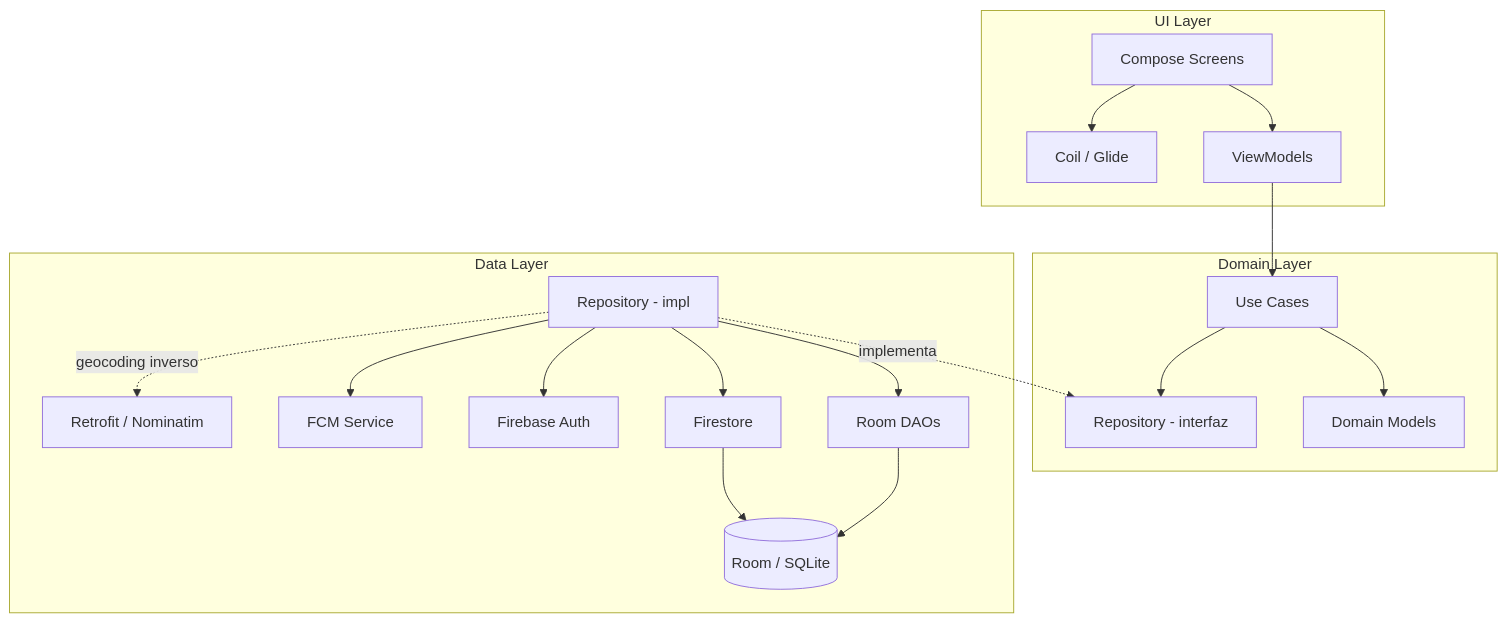
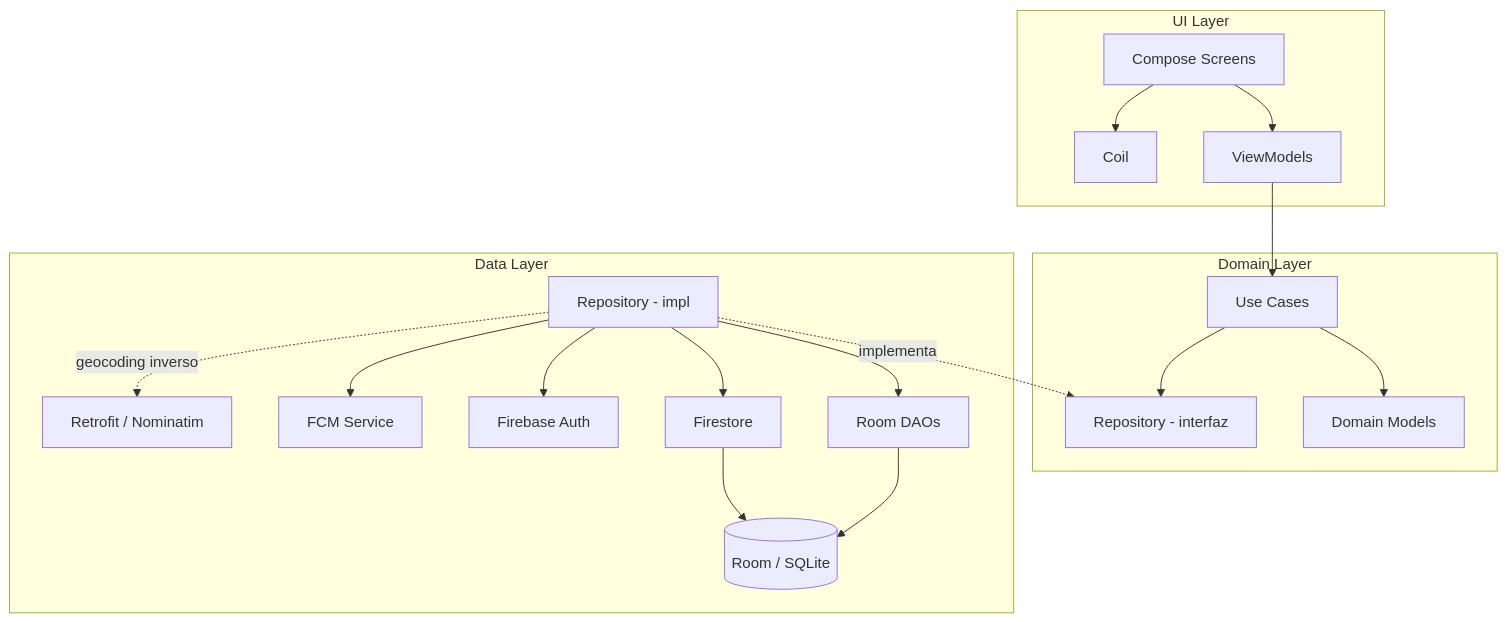
Before and after one commit to PUJ-ICM-1131/SGE: the diagram in docs/4-arquitectura/estilo_arquitectonico.md, drawn with Mermaid.

Commit message:
Remove Glide from UI Layer diagram

````diff
--- a/docs/4-arquitectura/estilo_arquitectonico.md
+++ b/docs/4-arquitectura/estilo_arquitectonico.md
@@ -82,36 +82,36 @@
 ```mermaid
 graph TD
     subgraph "UI Layer"
         S[Compose Screens]
         VM[ViewModels]
-        IMG[Coil / Glide]
+        IMG[Coil]
     end
     subgraph "Domain Layer"
         UC[Use Cases]
         M[Domain Models]
         RepoI[Repository - interfaz]
     end
     subgraph "Data Layer"
         RepoImpl[Repository - impl]
         DAO[Room DAOs]
         DB[(Room / SQLite)]
         FA[Firebase Auth]
         FS[Firestore]
         FCM[FCM Service]
         RET[Retrofit / Nominatim]
     end
 
     S --> VM
     S --> IMG
     VM --> UC
     UC --> M
     UC --> RepoI
     RepoImpl -.->|implementa| RepoI
     RepoImpl --> DAO
     RepoImpl --> FS
     RepoImpl --> FA
     RepoImpl --> FCM
     RepoImpl -.->|geocoding inverso| RET
     DAO --> DB
     FS --> DB
 ```
````
